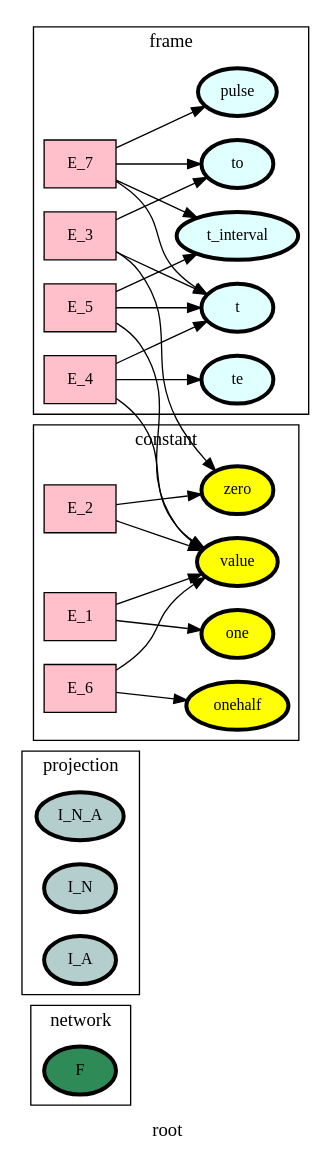
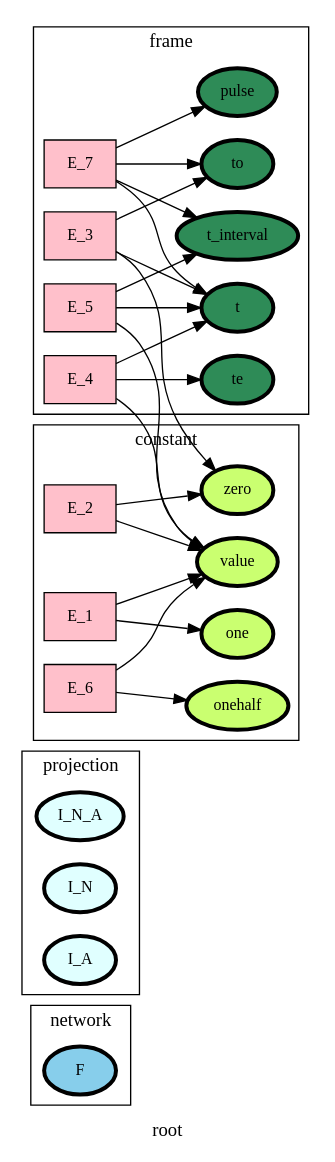
Before and after one commit to heinz-preisig/sandbox21: the diagram in ontology_graphs/graph__root.dot, drawn with Graphviz. The commit also changed 79 other files, not shown here.

```diff
--- a/ontology_graphs/graph__root.dot
+++ b/ontology_graphs/graph__root.dot
@@ -1,68 +1,68 @@
 digraph root {
 label=root;
 rankdir=LR;
 subgraph cluster_root___network {
 label=network;
 rankdir=LR;
-V_10 [fillcolor=seagreen4, fontsize=12, label=F, penwidth=3, style=filled];
+V_10 [fillcolor=skyblue, fontsize=12, label=F, penwidth=3, style=filled];
 }
 
 subgraph cluster_root___projection {
 label=projection;
 rankdir=LR;
-V_48 [fillcolor=lightcyan3, fontsize=12, label=I_N_A, penwidth=3, style=filled];
-V_96 [fillcolor=lightcyan3, fontsize=12, label=I_N, penwidth=3, style=filled];
-V_97 [fillcolor=lightcyan3, fontsize=12, label=I_A, penwidth=3, style=filled];
+V_48 [fillcolor=lightcyan, fontsize=12, label=I_N_A, penwidth=3, style=filled];
+V_96 [fillcolor=lightcyan, fontsize=12, label=I_N, penwidth=3, style=filled];
+V_97 [fillcolor=lightcyan, fontsize=12, label=I_A, penwidth=3, style=filled];
 }
 
 E_3 -> V_3  [splines=ortho];
 E_3 -> V_4  [splines=ortho];
 E_4 -> V_1  [splines=ortho];
 E_4 -> V_4  [splines=ortho];
 E_5 -> V_1  [splines=ortho];
 E_5 -> V_4  [splines=ortho];
 E_7 -> V_4  [splines=ortho];
 E_7 -> V_5  [splines=ortho];
 E_7 -> V_7  [splines=ortho];
 subgraph cluster_root___frame {
 label=frame;
 rankdir=LR;
-V_4 [fillcolor=lightcyan1, fontsize=12, label=t, penwidth=3, style=filled];
-V_5 [fillcolor=lightcyan1, fontsize=12, label=to, penwidth=3, style=filled];
-V_6 [fillcolor=lightcyan1, fontsize=12, label=te, penwidth=3, style=filled];
-V_7 [fillcolor=lightcyan1, fontsize=12, label=t_interval, penwidth=3, style=filled];
-V_9 [fillcolor=lightcyan1, fontsize=12, label=pulse, penwidth=3, style=filled];
+V_4 [fillcolor=seagreen4, fontsize=12, label=t, penwidth=3, style=filled];
+V_5 [fillcolor=seagreen4, fontsize=12, label=to, penwidth=3, style=filled];
+V_6 [fillcolor=seagreen4, fontsize=12, label=te, penwidth=3, style=filled];
+V_7 [fillcolor=seagreen4, fontsize=12, label=t_interval, penwidth=3, style=filled];
+V_9 [fillcolor=seagreen4, fontsize=12, label=pulse, penwidth=3, style=filled];
 E_3 [fillcolor=pink, fontsize=12, shape=box, style=filled];
 E_3 -> V_5  [splines=ortho];
 E_4 [fillcolor=pink, fontsize=12, shape=box, style=filled];
 E_4 -> V_6  [splines=ortho];
 E_5 [fillcolor=pink, fontsize=12, shape=box, style=filled];
 E_5 -> V_7  [splines=ortho];
 E_7 [fillcolor=pink, fontsize=12, shape=box, style=filled];
 E_7 -> V_9  [splines=ortho];
 }
 
 subgraph cluster_root___state {
 label=state;
 rankdir=LR;
 }
 
 E_1 -> V_1  [splines=ortho];
 E_2 -> V_1  [splines=ortho];
 E_6 -> V_1  [splines=ortho];
 subgraph cluster_root___constant {
 label=constant;
 rankdir=LR;
-V_1 [fillcolor=yellow, fontsize=12, label=value, penwidth=3, style=filled];
-V_2 [fillcolor=yellow, fontsize=12, label=one, penwidth=3, style=filled];
-V_3 [fillcolor=yellow, fontsize=12, label=zero, penwidth=3, style=filled];
-V_8 [fillcolor=yellow, fontsize=12, label=onehalf, penwidth=3, style=filled];
+V_1 [fillcolor=darkolivegreen1, fontsize=12, label=value, penwidth=3, style=filled];
+V_2 [fillcolor=darkolivegreen1, fontsize=12, label=one, penwidth=3, style=filled];
+V_3 [fillcolor=darkolivegreen1, fontsize=12, label=zero, penwidth=3, style=filled];
+V_8 [fillcolor=darkolivegreen1, fontsize=12, label=onehalf, penwidth=3, style=filled];
 E_1 [fillcolor=pink, fontsize=12, shape=box, style=filled];
 E_1 -> V_2  [splines=ortho];
 E_2 [fillcolor=pink, fontsize=12, shape=box, style=filled];
 E_2 -> V_3  [splines=ortho];
 E_6 [fillcolor=pink, fontsize=12, shape=box, style=filled];
 E_6 -> V_8  [splines=ortho];
 }
 
 }
```
